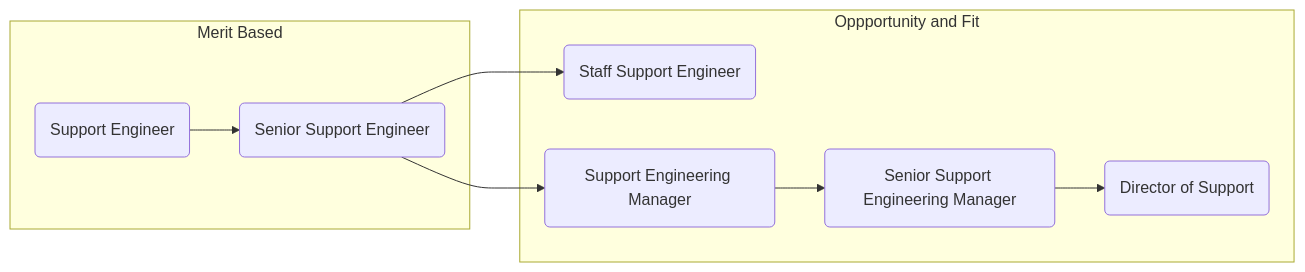
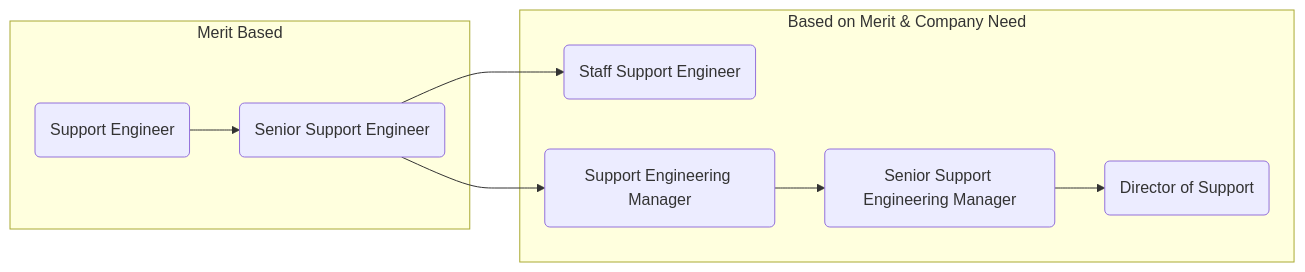
The fourth of 6 diagrams in career-development/index.html.md (secretstartups/handbook), drawn with Mermaid before and after one commit. The commit also changed other lines of this file, not shown here.

````diff
--- a/career-development/index.html.md
+++ b/career-development/index.html.md
@@ -233,22 +233,22 @@
 ```mermaid
   graph LR;
   
   subgraph Merit Based
     supe:se(Support Engineer)-->supe:sse(Senior Support Engineer);
   end
 
-  subgraph Oppportunity and Fit
+  subgraph Based on Merit & Company Need
     supe:sse(Senior Support Engineer)-->supe:stse(Staff Support Engineer);
     supe:sse(Senior Support Engineer)-->supe:sem(Support Engineering Manager);
 
     supe:sem(Support Engineering Manager)-->supe:ssem(Senior Support Engineering Manager);
     supe:ssem(Senior Support Engineering Manager)-->supe:ds(Director of Support);
   end
 
   click supe:se "/job-families/engineering/support-engineer#support-engineer";
   click supe:sse "/job-families/engineering/support-engineer#senior-support-engineer";
   click supe:sem "/job-families/engineering/support-management#support-engineering-manager";
   click supe:stse "/job-families/engineering/support-engineer#staff-support-engineer";
   click supe:ssem "/job-families/engineering/support-management/index.html.md#senior-support-engineering-manager"
   click supe:ds "/job-families/engineering/support-management#director-of-support";
 ```
````
